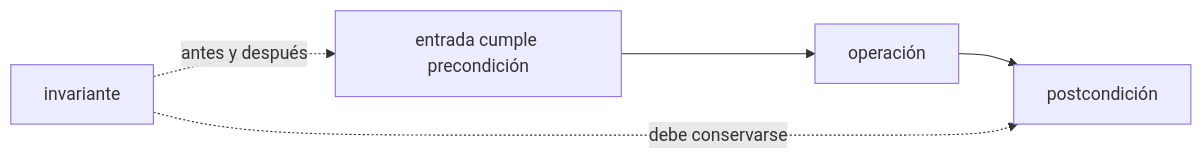
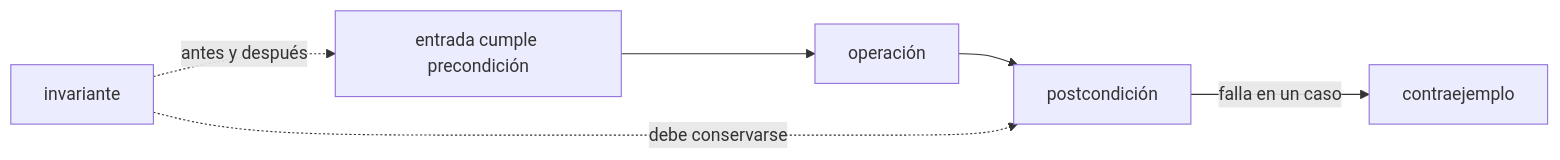
One commit to NICORUIZ93/The_Imperial_Book changed the first of 5 diagrams in web/public/content/foundations/modulo-9.md. Above: the diagram before and after it, drawn with Mermaid. The commit also changed other lines of this file, not shown here.

````diff
--- a/web/public/content/foundations/modulo-9.md
+++ b/web/public/content/foundations/modulo-9.md
@@ -18,6 +200,7 @@
 ```mermaid
 flowchart LR
     PRE["entrada cumple precondición"] --> OP["operación"] --> POST["postcondición"]
     INV["invariante"] -. "antes y después" .-> PRE
     INV -. "debe conservarse" .-> POST
+    POST -->|"falla en un caso"| CE["contraejemplo"]
 ```
````
